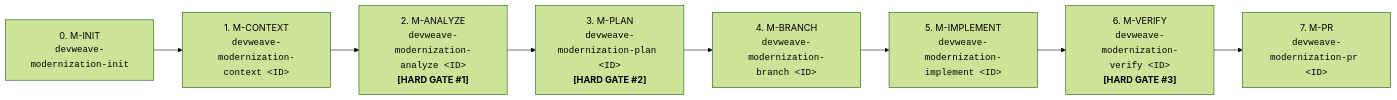
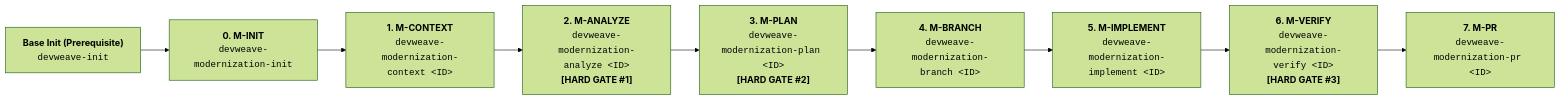
Before and after one commit to paarthivnaik/DevWeave: the second of 2 diagrams in docs/lifecycle.md, drawn with Mermaid (forest theme). The commit also changed other lines of this file and 77 other files, not shown here.

````diff
--- a/docs/lifecycle.md
+++ b/docs/lifecycle.md
@@ -76,10 +24,11 @@
 ```mermaid
 flowchart LR
-    M0["0. M-INIT<br><code>devweave-modernization-init</code>"] --> M1["1. M-CONTEXT<br><code>devweave-modernization-context &lt;ID&gt;</code>"]
-    M1 --> M2["2. M-ANALYZE<br><code>devweave-modernization-analyze &lt;ID&gt;</code><br><b>[HARD GATE #1]</b>"]
-    M2 --> M3["3. M-PLAN<br><code>devweave-modernization-plan &lt;ID&gt;</code><br><b>[HARD GATE #2]</b>"]
-    M3 --> M4["4. M-BRANCH<br><code>devweave-modernization-branch &lt;ID&gt;</code>"]
-    M4 --> M5["5. M-IMPLEMENT<br><code>devweave-modernization-implement &lt;ID&gt;</code>"]
-    M5 --> M6["6. M-VERIFY<br><code>devweave-modernization-verify &lt;ID&gt;</code><br><b>[HARD GATE #3]</b>"]
-    M6 --> M7["7. M-PR<br><code>devweave-modernization-pr &lt;ID&gt;</code>"]
+    BINIT["<b>Base Init (Prerequisite)</b><br><code>devweave-init</code>"] --> MINIT["<b>0. M-INIT</b><br><code>devweave-modernization-init</code>"]
+    MINIT --> M1["<b>1. M-CONTEXT</b><br><code>devweave-modernization-context &lt;ID&gt;</code>"]
+    M1 --> M2["<b>2. M-ANALYZE</b><br><code>devweave-modernization-analyze &lt;ID&gt;</code><br><b>[HARD GATE #1]</b>"]
+    M2 --> M3["<b>3. M-PLAN</b><br><code>devweave-modernization-plan &lt;ID&gt;</code><br><b>[HARD GATE #2]</b>"]
+    M3 --> M4["<b>4. M-BRANCH</b><br><code>devweave-modernization-branch &lt;ID&gt;</code>"]
+    M4 --> M5["<b>5. M-IMPLEMENT</b><br><code>devweave-modernization-implement &lt;ID&gt;</code>"]
+    M5 --> M6["<b>6. M-VERIFY</b><br><code>devweave-modernization-verify &lt;ID&gt;</code><br><b>[HARD GATE #3]</b>"]
+    M6 --> M7["<b>7. M-PR</b><br><code>devweave-modernization-pr &lt;ID&gt;</code>"]
 ```
````
